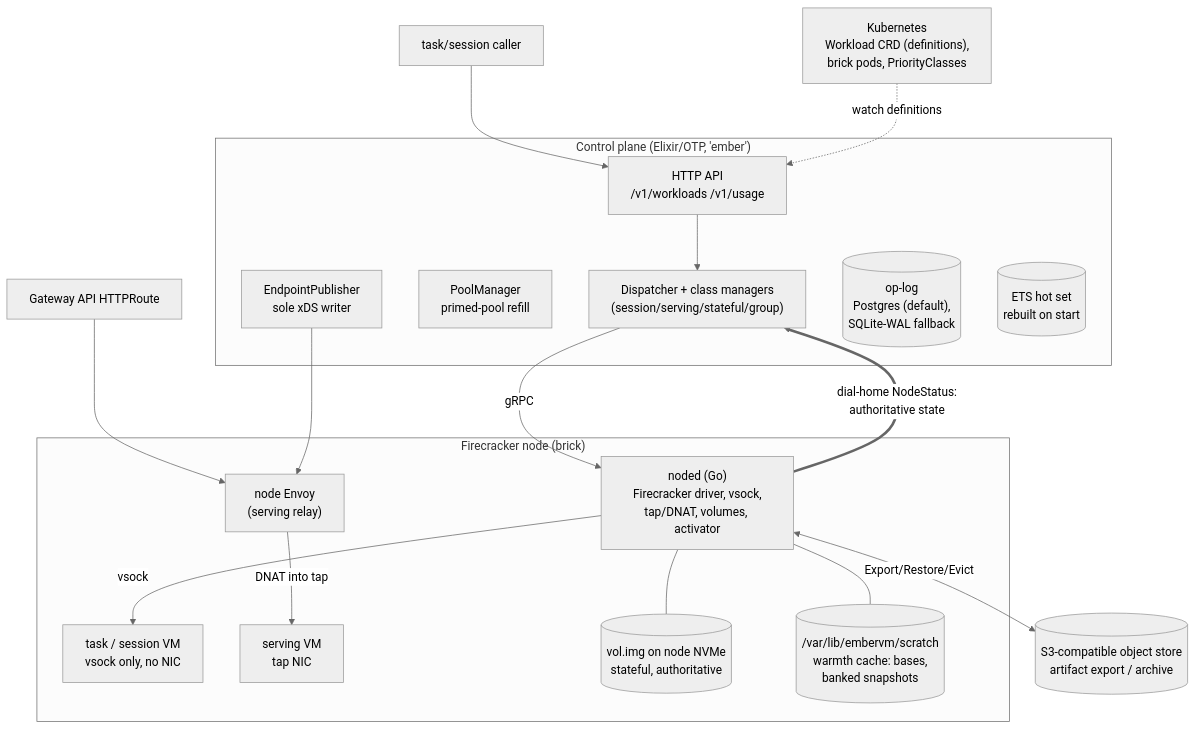
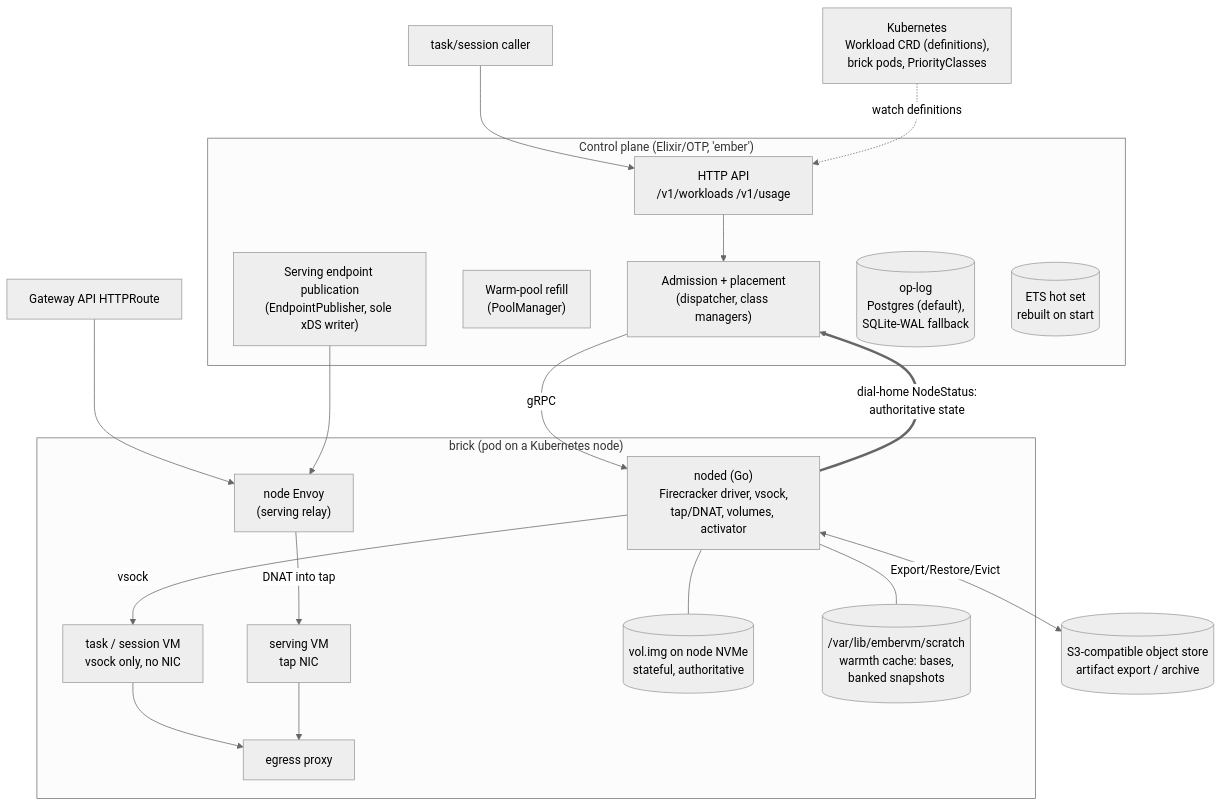
One commit to jomcgi-org/homelab changed the first of 6 diagrams in projects/embervm/ARCHITECTURE.md. Above: the diagram before and after it, drawn with Mermaid (neutral theme). The commit also changed other lines of this file and 3 other files, not shown here.

````diff
--- a/projects/embervm/ARCHITECTURE.md
+++ b/projects/embervm/ARCHITECTURE.md
@@ -88,34 +116,37 @@
 ```mermaid
 graph TB
     subgraph cp ["Control plane (Elixir/OTP, 'ember')"]
         API["HTTP API<br/>/v1/workloads /v1/usage"]
-        DISP["Dispatcher + class managers<br/>(session/serving/stateful/group)"]
-        POOL["PoolManager<br/>primed-pool refill"]
-        XDS["EndpointPublisher<br/>sole xDS writer"]
+        DISP["Admission + placement<br/>(dispatcher, class managers)"]
+        POOL["Warm-pool refill<br/>(PoolManager)"]
+        XDS["Serving endpoint publication<br/>(EndpointPublisher, sole xDS writer)"]
         OPLOG[("op-log<br/>Postgres (default),<br/>SQLite-WAL fallback")]
         ETS[("ETS hot set<br/>rebuilt on start")]
     end
 
-    subgraph node ["Firecracker node (brick)"]
+    subgraph node ["brick (pod on a Kubernetes node)"]
         NODED["noded (Go)<br/>Firecracker driver, vsock,<br/>tap/DNAT, volumes, activator"]
         ENVOY["node Envoy<br/>(serving relay)"]
+        PROXY["egress proxy"]
         VM1["task / session VM<br/>vsock only, no NIC"]
         VM2["serving VM<br/>tap NIC"]
         VOL[("vol.img on node NVMe<br/>stateful, authoritative")]
         SCRATCH[("/var/lib/embervm/scratch<br/>warmth cache: bases,<br/>banked snapshots")]
     end
 
     S3[("S3-compatible object store<br/>artifact export / archive")]
     K8S["Kubernetes<br/>Workload CRD (definitions),<br/>brick pods, PriorityClasses"]
 
     CALLER["task/session caller"] --> API
     API --> DISP -->|gRPC| NODED
     NODED -->|vsock| VM1
     EDGE["Gateway API HTTPRoute"] --> ENVOY
     XDS --> ENVOY
     ENVOY -->|DNAT into tap| VM2
+    VM1 --> PROXY
+    VM2 --> PROXY
     NODED ==>|dial-home NodeStatus:<br/>authoritative state| DISP
     NODED <-->|Export/Restore/Evict| S3
     NODED --- VOL & SCRATCH
     K8S -.->|watch definitions| API
 ```
````
